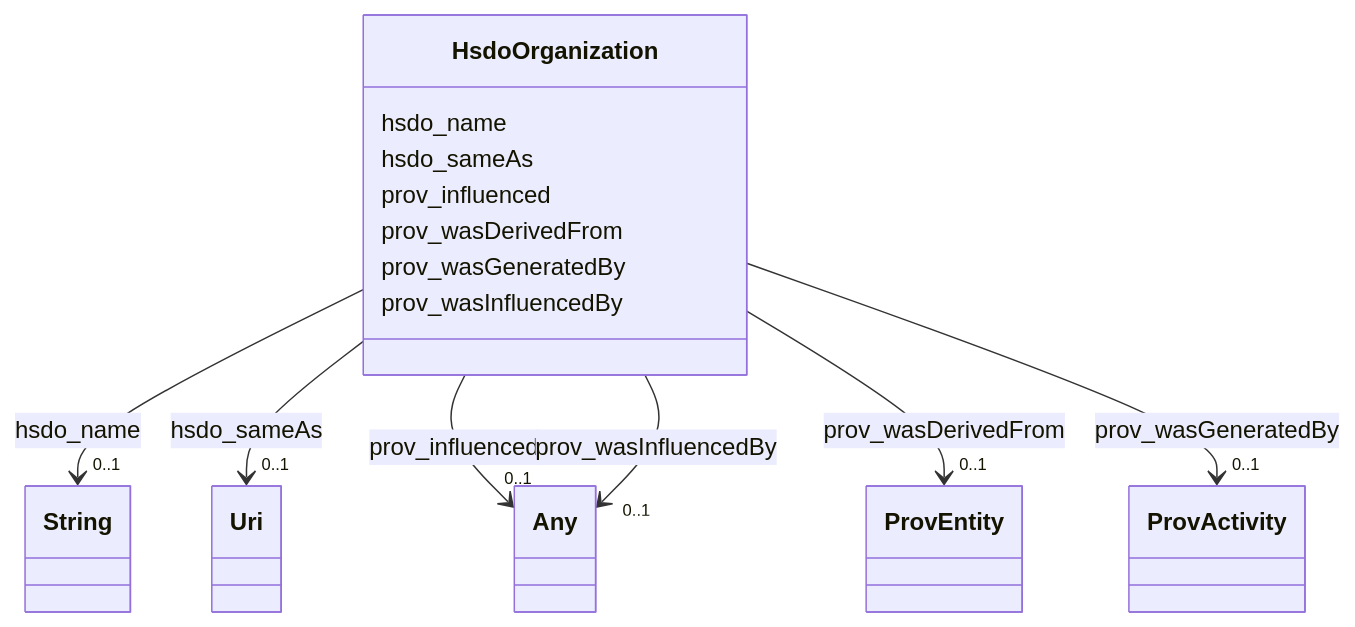
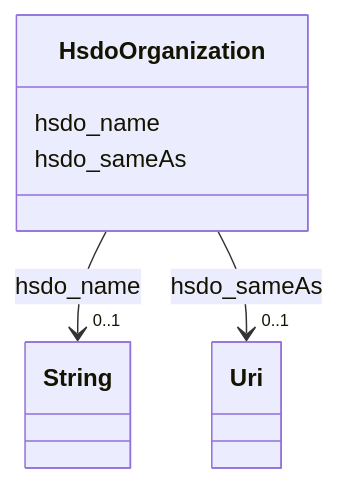
Before and after one commit to frink-okn/graph-descriptions: the diagram in dream-kg/classes/HsdoOrganization.md, drawn with Mermaid. The commit also changed other lines of this file and 47 other files, not shown here.

````diff
--- a/dream-kg/classes/HsdoOrganization.md
+++ b/dream-kg/classes/HsdoOrganization.md
@@ -19,60 +19,24 @@
 ```mermaid
  classDiagram
     class HsdoOrganization
     click HsdoOrganization href "../HsdoOrganization"
       HsdoOrganization : hsdo_name
         
           
     
     
     HsdoOrganization --> "0..1" String : hsdo_name
     click String href "../String"
 
         
       HsdoOrganization : hsdo_sameAs
         
           
     
     
     HsdoOrganization --> "0..1" Uri : hsdo_sameAs
     click Uri href "../Uri"
 
         
-      HsdoOrganization : prov_influenced
-        
-          
-    
-    
-    HsdoOrganization --> "0..1" Any : prov_influenced
-    click Any href "../Any"
-
-        
-      HsdoOrganization : prov_wasDerivedFrom
-        
-          
-    
-    
-    HsdoOrganization --> "0..1" ProvEntity : prov_wasDerivedFrom
-    click ProvEntity href "../ProvEntity"
-
-        
-      HsdoOrganization : prov_wasGeneratedBy
-        
-          
-    
-    
-    HsdoOrganization --> "0..1" ProvActivity : prov_wasGeneratedBy
-    click ProvActivity href "../ProvActivity"
-
-        
-      HsdoOrganization : prov_wasInfluencedBy
-        
-          
-    
-    
-    HsdoOrganization --> "0..1" Any : prov_wasInfluencedBy
-    click Any href "../Any"
-
-        
       
 ```
````
